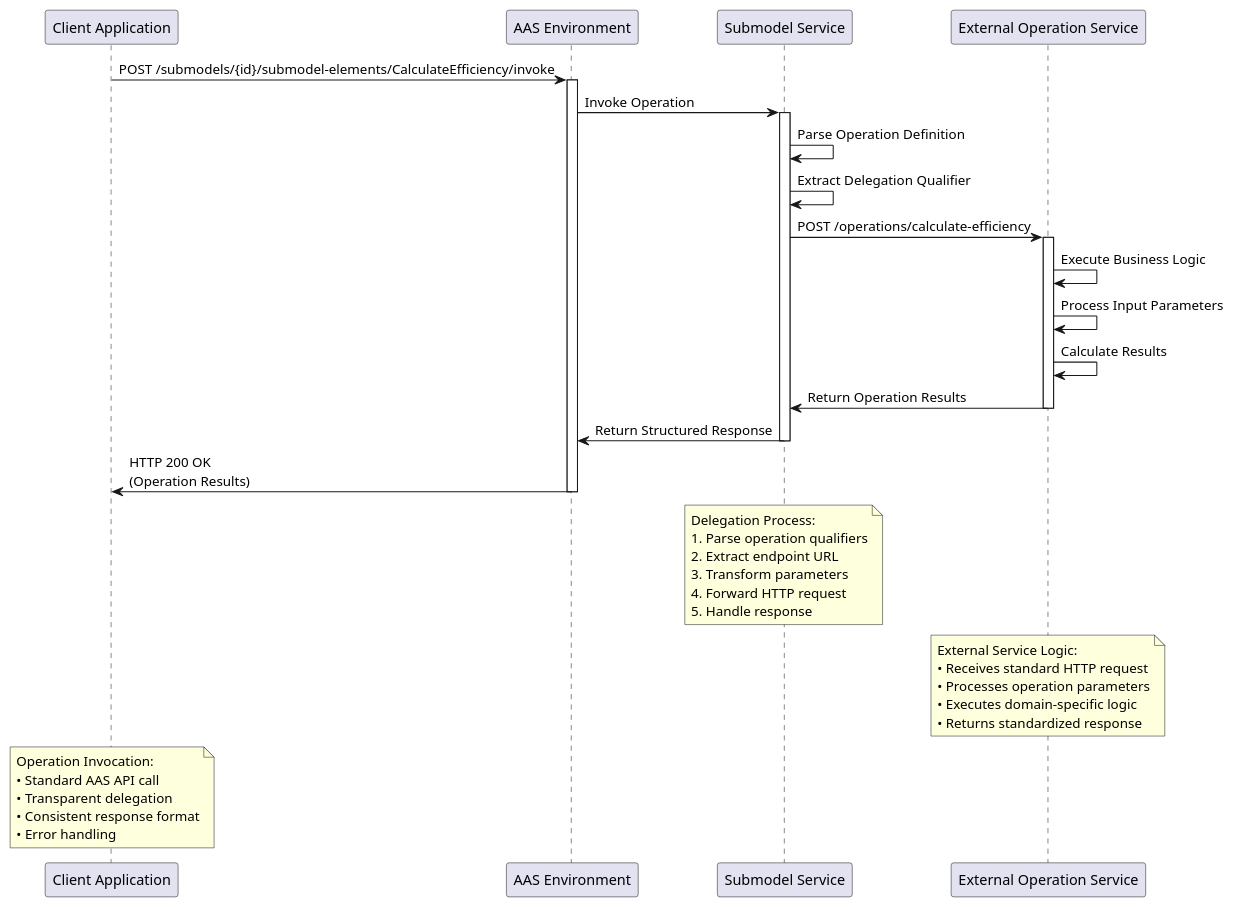
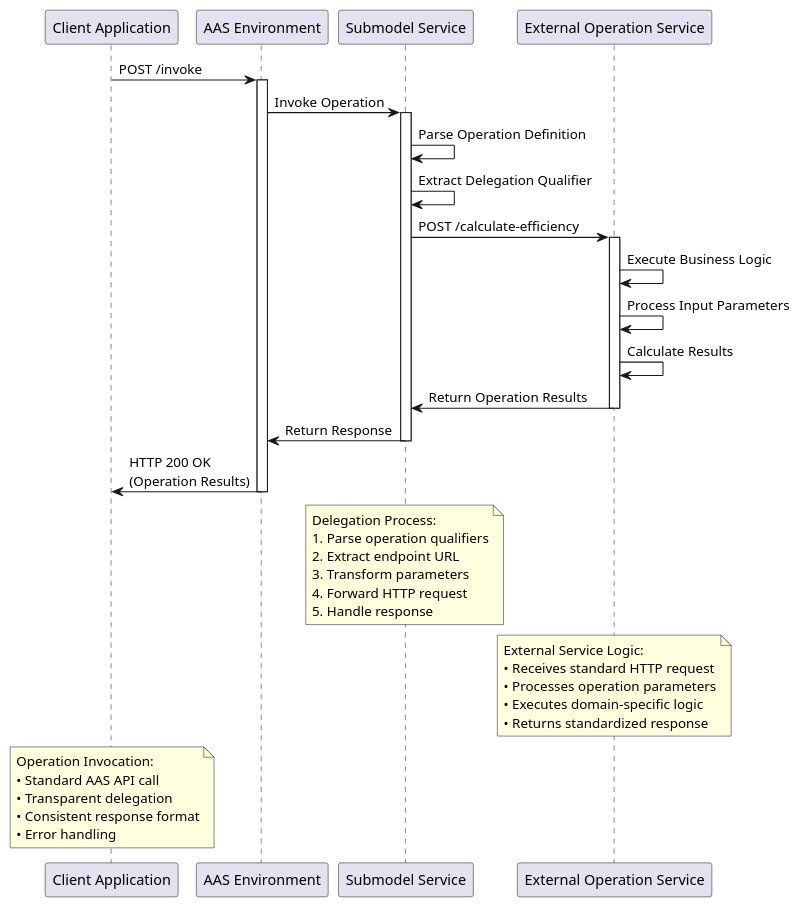
Before and after one commit to eclipse-basyx/basyx-wiki: the diagram in docs/source/content/concepts/use_cases/charts/operation_sequence.puml, drawn with PlantUML. The commit also changed 1 other file, not shown here.

Commit message:
Improves diagrams

```diff
--- a/docs/source/content/concepts/use_cases/charts/operation_sequence.puml
+++ b/docs/source/content/concepts/use_cases/charts/operation_sequence.puml
@@ -1,56 +1,56 @@
 @startuml
 participant "Client Application" as client
 participant "AAS Environment" as aasenv
 participant "Submodel Service" as smservice
 participant "External Operation Service" as opservice
 
-client -> aasenv : POST /submodels/{id}/submodel-elements/CalculateEfficiency/invoke
+client -> aasenv : POST /invoke
 activate aasenv
 
 aasenv -> smservice : Invoke Operation
 activate smservice
 
 smservice -> smservice : Parse Operation Definition
 smservice -> smservice : Extract Delegation Qualifier
 
-smservice -> opservice : POST /operations/calculate-efficiency
+smservice -> opservice : POST /calculate-efficiency
 activate opservice
 
 opservice -> opservice : Execute Business Logic
 opservice -> opservice : Process Input Parameters
 opservice -> opservice : Calculate Results
 
 opservice -> smservice : Return Operation Results
 deactivate opservice
 
-smservice -> aasenv : Return Structured Response
+smservice -> aasenv : Return Response
 deactivate smservice
 
 aasenv -> client : HTTP 200 OK\n(Operation Results)
 deactivate aasenv
 
 note over smservice
   Delegation Process:
   1. Parse operation qualifiers
   2. Extract endpoint URL
   3. Transform parameters
   4. Forward HTTP request
   5. Handle response
 end note
 
 note over opservice
   External Service Logic:
   • Receives standard HTTP request
   • Processes operation parameters
   • Executes domain-specific logic
   • Returns standardized response
 end note
 
 note over client
   Operation Invocation:
   • Standard AAS API call
   • Transparent delegation
   • Consistent response format
   • Error handling
 end note
 @enduml
```
